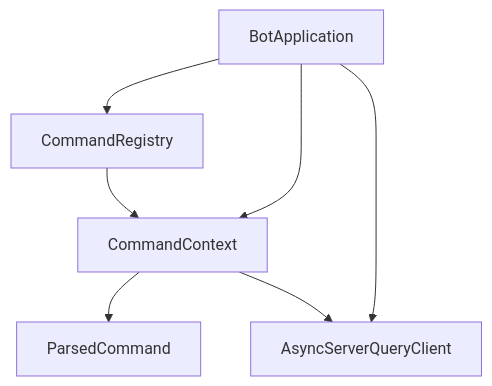
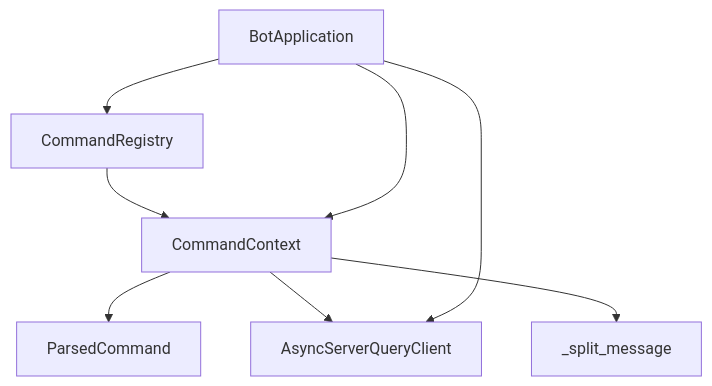
Before and after one commit to GhoulOwl/Teamspeak3_Bot: the seventh of 7 diagrams in .qoder/repowiki/zh/content/命令系统/命令上下文管理.md, drawn with Mermaid. The commit also changed other lines of this file and 7 other files, not shown here.

````diff
--- a/.qoder/repowiki/zh/content/命令系统/命令上下文管理.md
+++ b/.qoder/repowiki/zh/content/命令系统/命令上下文管理.md
@@ -279,9 +350,10 @@
 ```mermaid
 graph TB
 CC["CommandContext"] --> PC["ParsedCommand"]
 CC --> SQ["AsyncServerQueryClient"]
+CC --> SPLIT["_split_message"]
 CR["CommandRegistry"] --> CC
 APP["BotApplication"] --> CR
 APP --> CC
 APP --> SQ
 ```
````
